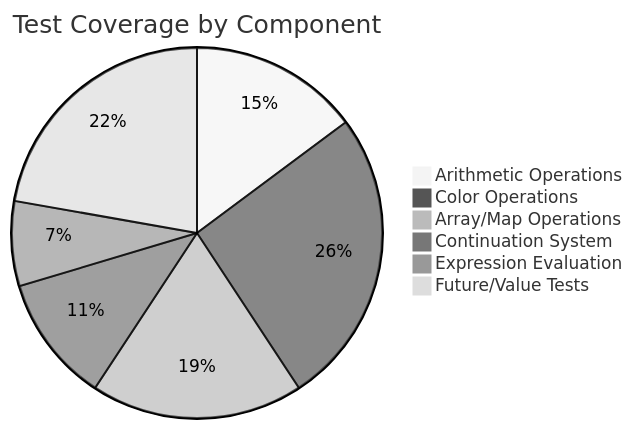
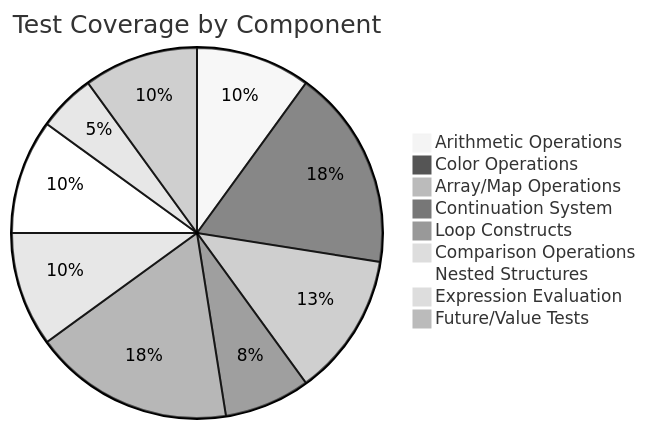
One commit to cschladetsch/RustCustomLang changed diagram 12 of 14 in README.md. Above: the diagram before and after it, drawn with Mermaid (neutral theme). The commit also changed other lines of this file and 2 other files, not shown here.

First line of the commit message:
Add for/while loops with nested calls and continuations

````diff
--- a/README.md
+++ b/README.md
@@ -386,9 +452,12 @@
 ```mermaid
 pie title Test Coverage by Component
     "Arithmetic Operations" : 4
     "Color Operations" : 7
     "Array/Map Operations" : 5
     "Continuation System" : 3
+    "Loop Constructs" : 7
+    "Comparison Operations" : 4
+    "Nested Structures" : 4
     "Expression Evaluation" : 2
-    "Future/Value Tests" : 6
+    "Future/Value Tests" : 4
 ```
````
